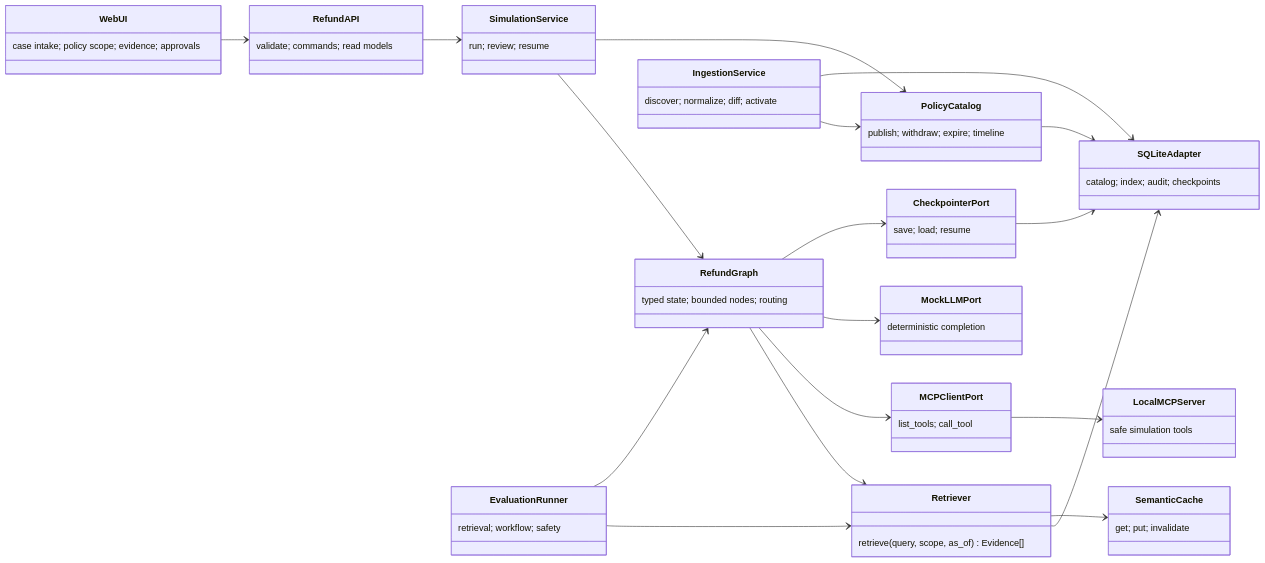
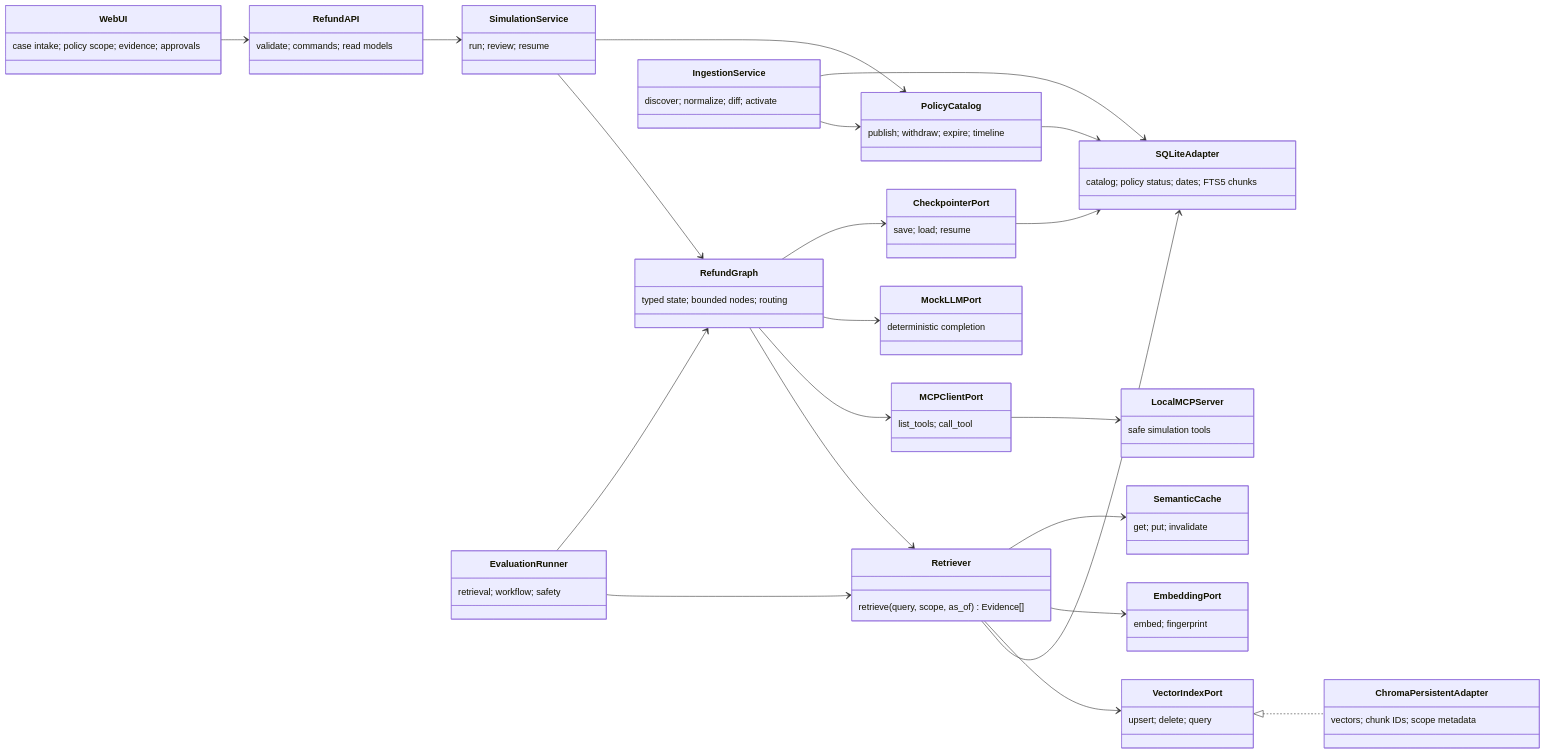
Before and after one commit to ConTresillo/refundflow: the first of 6 diagrams in docs/architecture/LLD.md, drawn with Mermaid. The commit also changed other lines of this file and 3 other files, not shown here.

Commit message:
docs: record SQLite and Chroma storage boundary

````diff
--- a/docs/architecture/LLD.md
+++ b/docs/architecture/LLD.md
@@ -7,35 +7,41 @@
 ```mermaid
 classDiagram
   direction LR
   class WebUI {case intake; policy scope; evidence; approvals}
   class RefundAPI {validate; commands; read models}
   class SimulationService {run; review; resume}
   class RefundGraph {typed state; bounded nodes; routing}
   class PolicyCatalog {publish; withdraw; expire; timeline}
   class IngestionService {discover; normalize; diff; activate}
   class Retriever {retrieve(query, scope, as_of) Evidence[]}
   class SemanticCache {get; put; invalidate}
   class MCPClientPort {list_tools; call_tool}
   class LocalMCPServer {safe simulation tools}
   class CheckpointerPort {save; load; resume}
-  class SQLiteAdapter {catalog; index; audit; checkpoints}
+  class SQLiteAdapter {catalog; policy status; dates; FTS5 chunks}
+  class VectorIndexPort {upsert; delete; query}
+  class ChromaPersistentAdapter {vectors; chunk IDs; scope metadata}
+  class EmbeddingPort {embed; fingerprint}
   class MockLLMPort {deterministic completion}
   class EvaluationRunner {retrieval; workflow; safety}
   WebUI --> RefundAPI
   RefundAPI --> SimulationService
   SimulationService --> RefundGraph
   RefundGraph --> Retriever
   RefundGraph --> MCPClientPort
   MCPClientPort --> LocalMCPServer
   SimulationService --> PolicyCatalog
   IngestionService --> PolicyCatalog
   IngestionService --> SQLiteAdapter
   Retriever --> SQLiteAdapter
+  Retriever --> VectorIndexPort
+  Retriever --> EmbeddingPort
+  VectorIndexPort <|.. ChromaPersistentAdapter
   Retriever --> SemanticCache
   RefundGraph --> MockLLMPort
   RefundGraph --> CheckpointerPort
   CheckpointerPort --> SQLiteAdapter
   PolicyCatalog --> SQLiteAdapter
   EvaluationRunner --> Retriever
   EvaluationRunner --> RefundGraph
 ```
````
